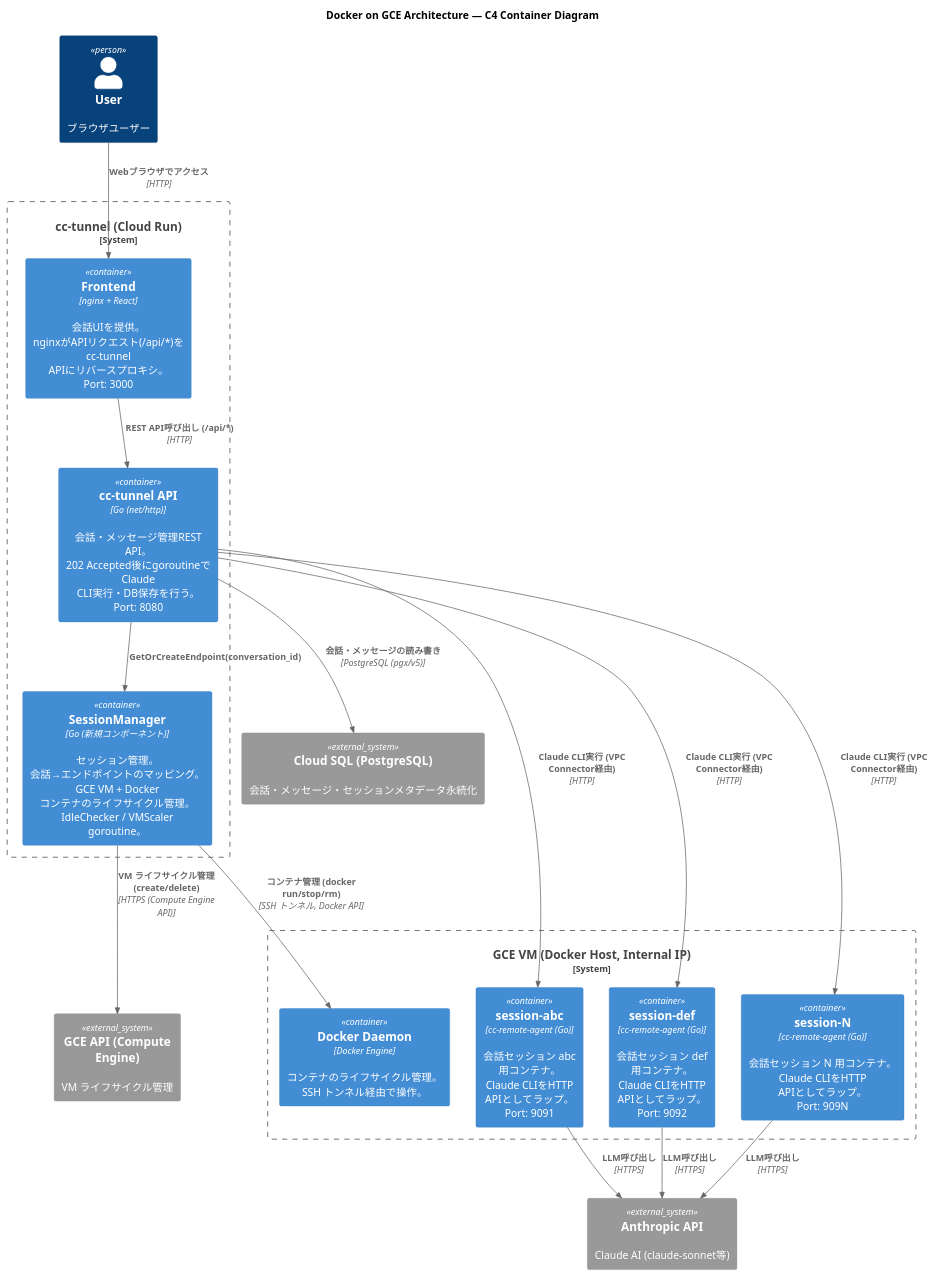
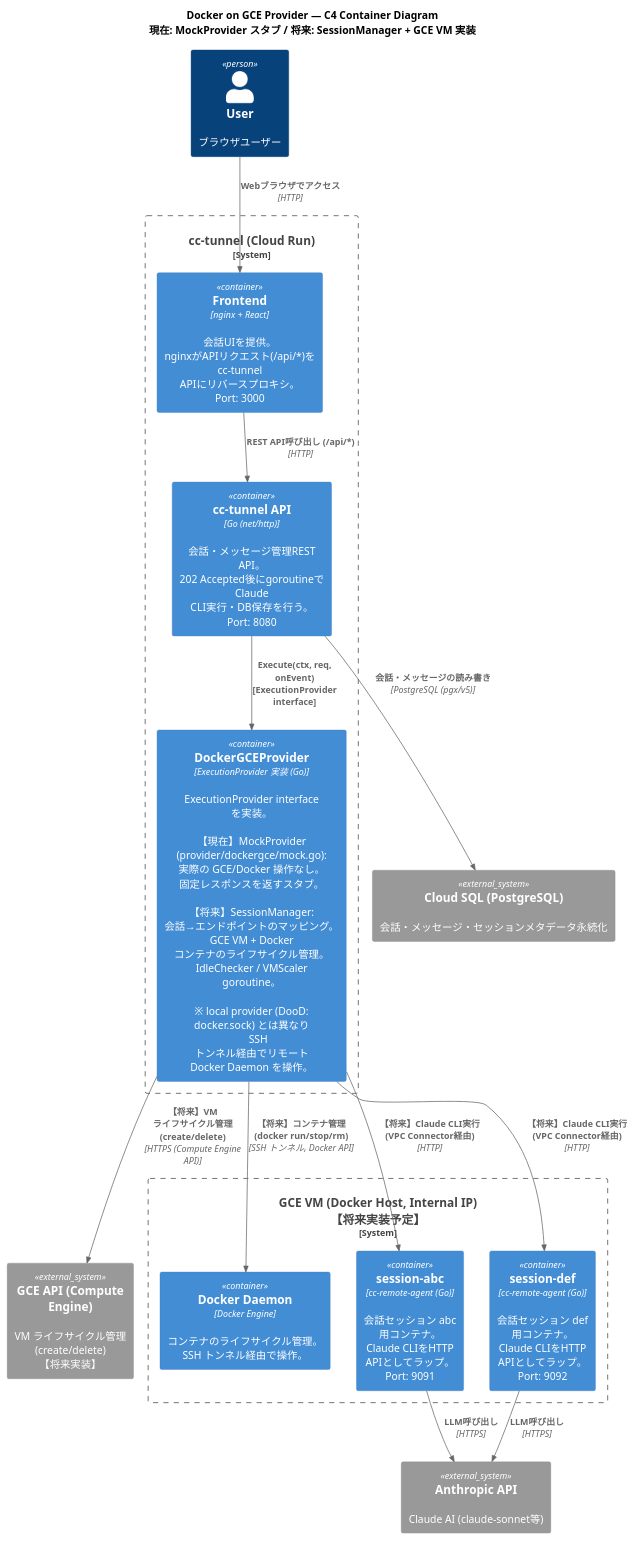
Before and after one commit to pollenjp/cc-tunnel: the diagram in docs/plantuml/docker_gce_architecture.puml, drawn with PlantUML. The commit also changed 10 other files, not shown here.

First line of the commit message:
docs: Update documentation for docker_gce mode implementation

```diff
--- a/docs/plantuml/docker_gce_architecture.puml
+++ b/docs/plantuml/docker_gce_architecture.puml
@@ -1,44 +1,40 @@
 @startuml docker_gce_architecture
 ' Level 2: Container (Docker on GCE Architecture)
 !include https://raw.githubusercontent.com/plantuml-stdlib/C4-PlantUML/master/C4_Container.puml
 
-title Docker on GCE Architecture — C4 Container Diagram
+title Docker on GCE Provider — C4 Container Diagram\n現在: MockProvider スタブ / 将来: SessionManager + GCE VM 実装
 
 Person(user, "User", "ブラウザユーザー")
 
 System_Ext(anthropic, "Anthropic API", "Claude AI (claude-sonnet等)")
 System_Ext(cloudsql, "Cloud SQL (PostgreSQL)", "会話・メッセージ・セッションメタデータ永続化")
-System_Ext(gceapi, "GCE API (Compute Engine)", "VM ライフサイクル管理")
+System_Ext(gceapi, "GCE API (Compute Engine)", "VM ライフサイクル管理 (create/delete)\n【将来実装】")
 
 System_Boundary(cctunnel_system, "cc-tunnel (Cloud Run)") {
   Container(frontend, "Frontend", "nginx + React", "会話UIを提供。\nnginxがAPIリクエスト(/api/*)を\ncc-tunnel APIにリバースプロキシ。\nPort: 3000")
 
   Container(api, "cc-tunnel API", "Go (net/http)", "会話・メッセージ管理REST API。\n202 Accepted後にgoroutineで\nClaude CLI実行・DB保存を行う。\nPort: 8080")
 
-  Container(sessionmanager, "SessionManager", "Go (新規コンポーネント)", "セッション管理。\n会話→エンドポイントのマッピング。\nGCE VM + Docker コンテナのライフサイクル管理。\nIdleChecker / VMScaler goroutine。")
+  Container(dgce_provider, "DockerGCEProvider", "ExecutionProvider 実装 (Go)", "ExecutionProvider interface を実装。\n\n【現在】MockProvider (provider/dockergce/mock.go):\n実際の GCE/Docker 操作なし。固定レスポンスを返すスタブ。\n\n【将来】SessionManager:\n会話→エンドポイントのマッピング。\nGCE VM + Docker コンテナのライフサイクル管理。\nIdleChecker / VMScaler goroutine。\n\n※ local provider (DooD: docker.sock) とは異なり\n　 SSH トンネル経由でリモート Docker Daemon を操作。")
 }
 
-System_Boundary(gce_vm, "GCE VM (Docker Host, Internal IP)") {
+System_Boundary(gce_vm, "GCE VM (Docker Host, Internal IP)\n【将来実装予定】") {
   Container(docker, "Docker Daemon", "Docker Engine", "コンテナのライフサイクル管理。\nSSH トンネル経由で操作。")
 
   Container(session_abc, "session-abc", "cc-remote-agent (Go)", "会話セッション abc 用コンテナ。\nClaude CLIをHTTP APIとしてラップ。\nPort: 9091")
 
   Container(session_def, "session-def", "cc-remote-agent (Go)", "会話セッション def 用コンテナ。\nClaude CLIをHTTP APIとしてラップ。\nPort: 9092")
-
-  Container(session_n, "session-N", "cc-remote-agent (Go)", "会話セッション N 用コンテナ。\nClaude CLIをHTTP APIとしてラップ。\nPort: 909N")
 }
 
 Rel(user, frontend, "Webブラウザでアクセス", "HTTP")
 Rel(frontend, api, "REST API呼び出し (/api/*)", "HTTP")
 Rel(api, cloudsql, "会話・メッセージの読み書き", "PostgreSQL (pgx/v5)")
-Rel(sessionmanager, gceapi, "VM ライフサイクル管理 (create/delete)", "HTTPS (Compute Engine API)")
-Rel(sessionmanager, docker, "コンテナ管理 (docker run/stop/rm)", "SSH トンネル, Docker API")
-Rel(api, sessionmanager, "GetOrCreateEndpoint(conversation_id)")
-Rel(api, session_abc, "Claude CLI実行 (VPC Connector経由)", "HTTP")
-Rel(api, session_def, "Claude CLI実行 (VPC Connector経由)", "HTTP")
-Rel(api, session_n, "Claude CLI実行 (VPC Connector経由)", "HTTP")
+Rel(api, dgce_provider, "Execute(ctx, req, onEvent)\n[ExecutionProvider interface]")
+Rel(dgce_provider, gceapi, "【将来】VM ライフサイクル管理 (create/delete)", "HTTPS (Compute Engine API)")
+Rel(dgce_provider, docker, "【将来】コンテナ管理 (docker run/stop/rm)", "SSH トンネル, Docker API")
+Rel(dgce_provider, session_abc, "【将来】Claude CLI実行 (VPC Connector経由)", "HTTP")
+Rel(dgce_provider, session_def, "【将来】Claude CLI実行 (VPC Connector経由)", "HTTP")
 Rel(session_abc, anthropic, "LLM呼び出し", "HTTPS")
 Rel(session_def, anthropic, "LLM呼び出し", "HTTPS")
-Rel(session_n, anthropic, "LLM呼び出し", "HTTPS")
 
 @enduml
```
